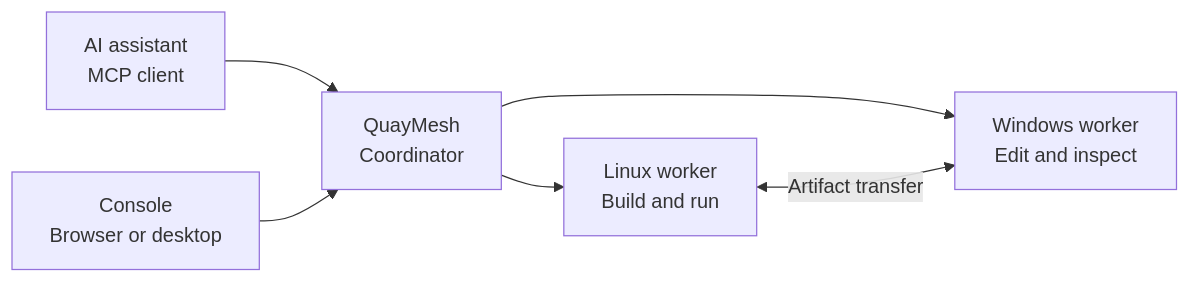
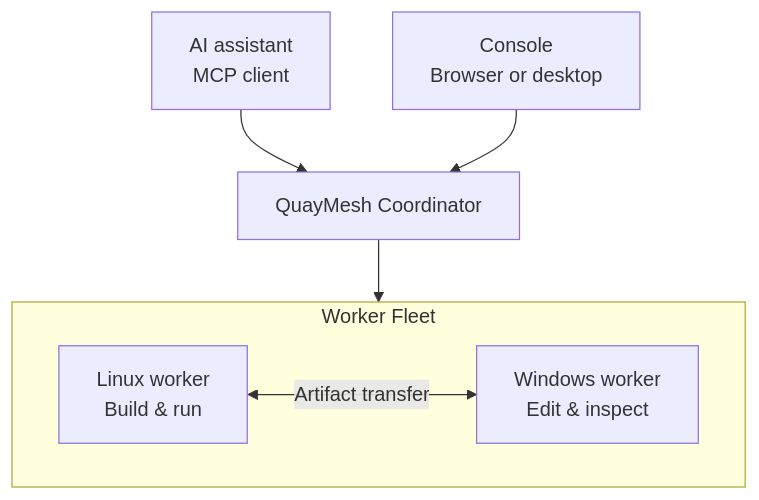
One commit to ershiyidian/QuayMesh changed the diagram in README.md. Above: the diagram before and after it, drawn with Mermaid. The commit also changed other lines of this file and 1 other file, not shown here.

Commit message:
docs: add release/platform badges, symmetric worker-fleet diagram, and streamline READMEs

````diff
--- a/README.md
+++ b/README.md
@@ -125,8 +132,10 @@
 ```mermaid
-flowchart LR
-    A["AI assistant<br/>MCP client"] --> C["QuayMesh<br/>Coordinator"]
-    C --> L["Linux worker<br/>Build and run"]
-    C --> W["Windows worker<br/>Edit and inspect"]
-    L <-->|"Artifact transfer"| W
+flowchart TB
+    A["AI assistant<br/>MCP client"] --> C["QuayMesh Coordinator"]
     U["Console<br/>Browser or desktop"] --> C
+    C --> F
+    subgraph F["Worker Fleet"]
+      direction LR
+      L["Linux worker<br/>Build & run"] <-->|"Artifact transfer"| W["Windows worker<br/>Edit & inspect"]
+    end
 ```
````
